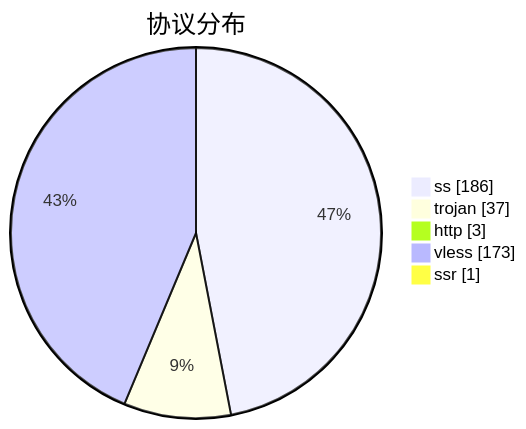
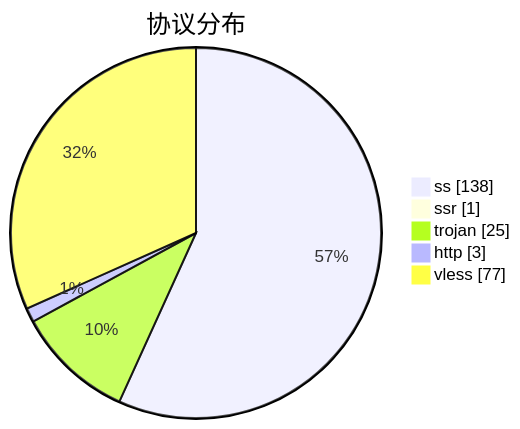
One commit to qjlxg/airport changed the third of 3 diagrams in subs/statistics/tested_within.md. Above: the diagram before and after it, drawn with Mermaid. The commit also changed other lines of this file and 2 other files, not shown here.

````diff
--- a/subs/statistics/tested_within.md
+++ b/subs/statistics/tested_within.md
@@ -21,9 +17,9 @@
 ```mermaid
 pie showData
 title 协议分布
-"ss" : 186
-"trojan" : 37
+"ss" : 138
+"ssr" : 1
+"trojan" : 25
 "http" : 3
-"vless" : 173
-"ssr" : 1
+"vless" : 77
 ```
````
